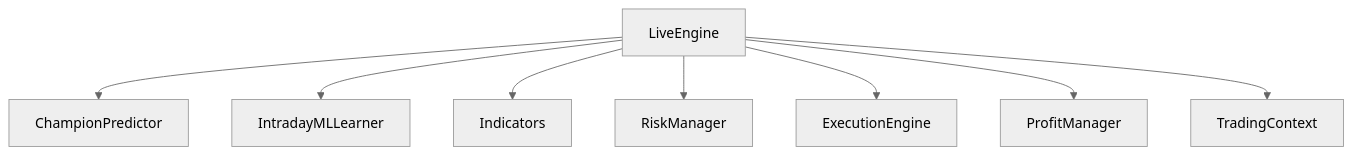
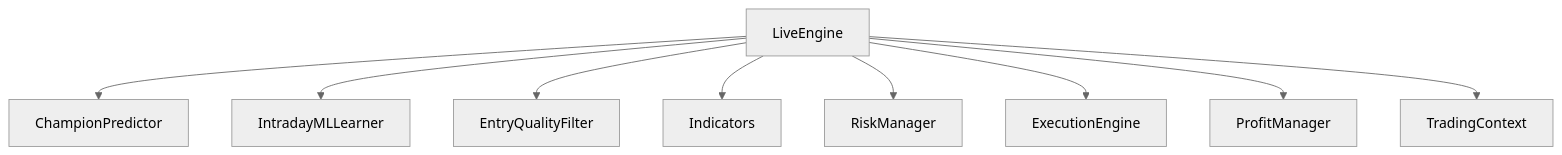
One commit to tauqeersiddiqui-art/tradingsystem changed the tenth of 10 diagrams in .qoder/repowiki/en/content/Core Trading Engine/Live Engine Architecture.md. Above: the diagram before and after it, drawn with Mermaid (neutral theme). The commit also changed other lines of this file and 71 other files, not shown here.

Commit message:
Add rejection-first entry quality filters, entry-quality ML target with fail-hard pipeline, post-trade loss classification, and reproducible Phase-8 backtest

````diff
--- a/.qoder/repowiki/en/content/Core Trading Engine/Live Engine Architecture.md
+++ b/.qoder/repowiki/en/content/Core Trading Engine/Live Engine Architecture.md
@@ -338,18 +399,20 @@
 ```mermaid
 graph TB
 LE["LiveEngine"]
 ML["ChampionPredictor"]
 LNR["IntradayMLLearner"]
+EQF["EntryQualityFilter"]
 IND["Indicators"]
 RM["RiskManager"]
 EX["ExecutionEngine"]
 PM["ProfitManager"]
 CTX["TradingContext"]
 LE --> ML
 LE --> LNR
+LE --> EQF
 LE --> IND
 LE --> RM
 LE --> EX
 LE --> PM
 LE --> CTX
 ```
````
